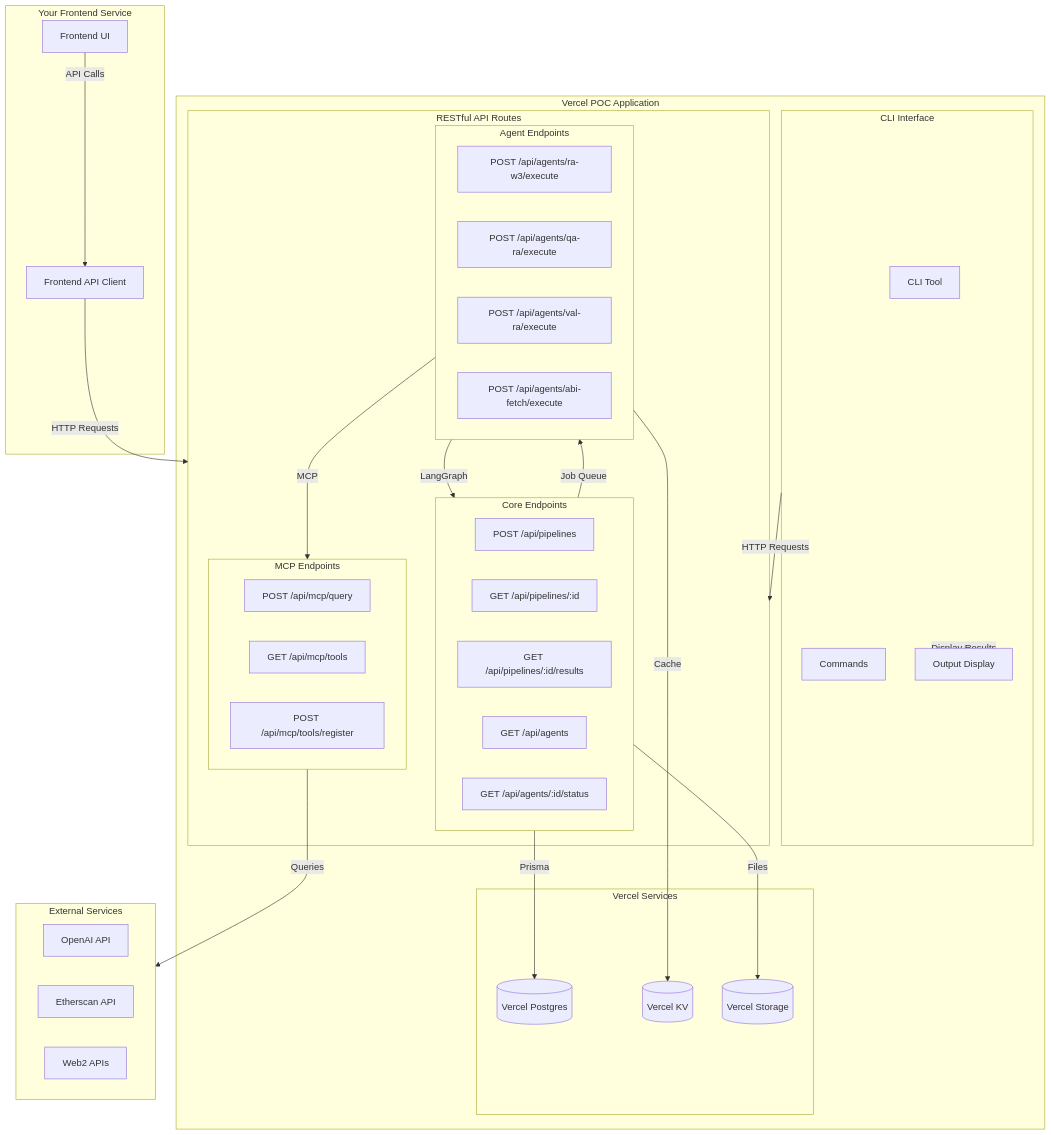
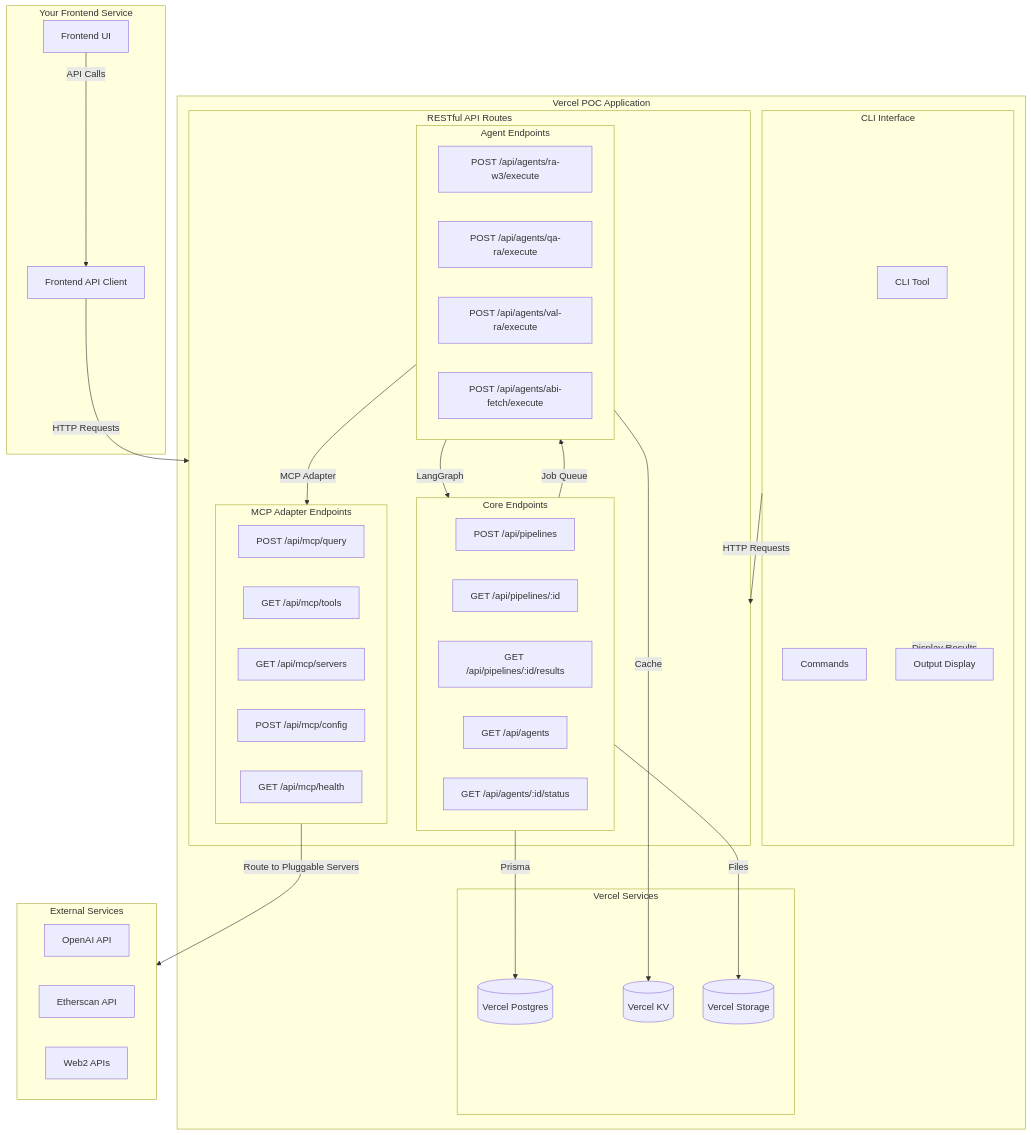
Before and after one commit to awkns-projects/rom-ai: the second of 2 diagrams in designDoc/A2AandMCPArchi.md, drawn with Mermaid. The commit also changed other lines of this file, not shown here.

Commit message:
draft for complete user journey and pluggable MCP server design

````diff
--- a/designDoc/A2AandMCPArchi.md
+++ b/designDoc/A2AandMCPArchi.md
@@ -448,71 +399,73 @@
 ```mermaid
 flowchart TD
     subgraph VercelApp["Vercel POC Application"]
         subgraph CLI["CLI Interface"]
             CLI_TOOL[CLI Tool]
             COMMANDS[Commands]
             OUTPUT[Output Display]
         end
         
         subgraph API["RESTful API Routes"]
             subgraph Core["Core Endpoints"]
                 PIPELINE["POST /api/pipelines"]
                 PIPELINE_STATUS["GET /api/pipelines/:id"]
                 PIPELINE_RESULTS["GET /api/pipelines/:id/results"]
                 AGENTS["GET /api/agents"]
                 AGENT_STATUS["GET /api/agents/:id/status"]
             end
             
             subgraph Agents["Agent Endpoints"]
                 RA["POST /api/agents/ra-w3/execute"]
                 QA["POST /api/agents/qa-ra/execute"]
                 VAL["POST /api/agents/val-ra/execute"]
                 ABI["POST /api/agents/abi-fetch/execute"]
             end
             
-            subgraph MCP["MCP Endpoints"]
+            subgraph MCP["MCP Adapter Endpoints"]
                 MCP_QUERY["POST /api/mcp/query"]
                 MCP_TOOLS["GET /api/mcp/tools"]
-                MCP_REGISTER["POST /api/mcp/tools/register"]
+                MCP_SERVERS["GET /api/mcp/servers"]
+                MCP_CONFIG["POST /api/mcp/config"]
+                MCP_HEALTH["GET /api/mcp/health"]
             end
         end
         
         subgraph Services["Vercel Services"]
             POSTGRES[(Vercel Postgres)]
             KV[(Vercel KV)]
             STORAGE[(Vercel Storage)]
         end
     end
 
     subgraph External["External Services"]
         AI[OpenAI API]
         BLOCKCHAIN[Etherscan API]
         WEB2[Web2 APIs]
     end
 
     subgraph Frontend["Your Frontend Service"]
         FRONTEND_UI[Frontend UI]
         FRONTEND_API[Frontend API Client]
     end
 
     %% CLI Integration
     CLI -->|HTTP Requests| API
     CLI -->|Display Results| OUTPUT
     
     %% Frontend Integration
     FRONTEND_UI -->|API Calls| FRONTEND_API
     FRONTEND_API -->|HTTP Requests| API
     
     %% Agent Communication
     Agents -->|LangGraph| Core
     Core -->|Job Queue| Agents
     
     %% Database Integration
     Core -->|Prisma| POSTGRES
     Agents -->|Cache| KV
     Core -->|Files| STORAGE
     
     %% External Integration
-    Agents -->|MCP| MCP
-    MCP -->|Queries| External
+    Agents -->|MCP Adapter| MCP
+    MCP -->|Route to Pluggable Servers| External
 ```
````
